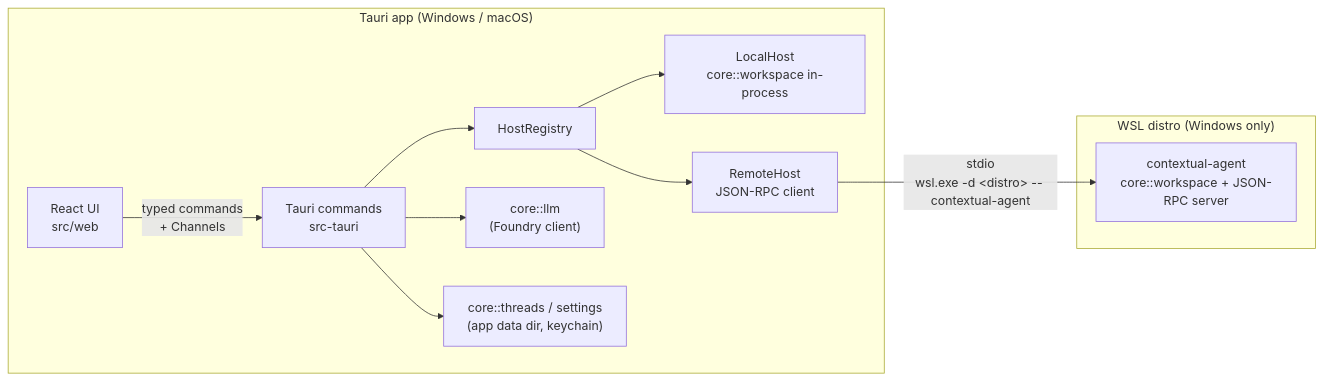
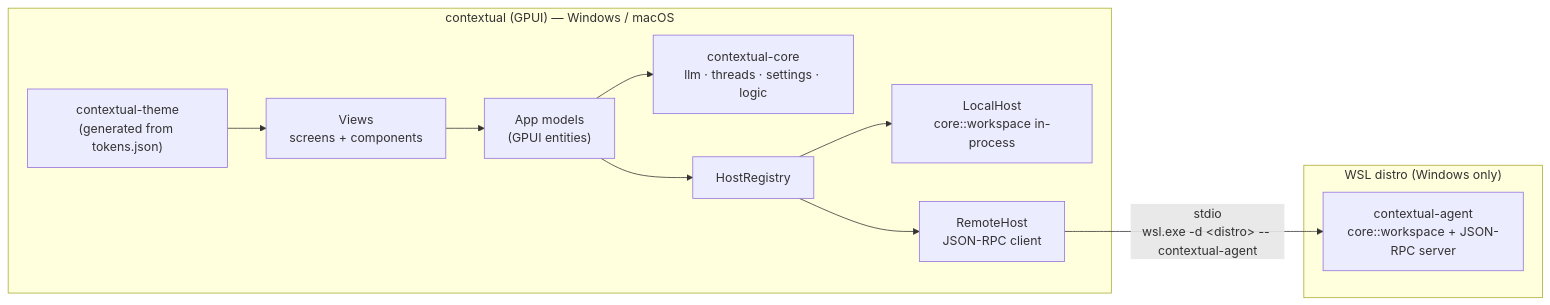
Before and after one commit to Legenden84/contextual: the diagram in docs/plans/cross-platform-rust-port.md, drawn with Mermaid. The commit also changed other lines of this file, not shown here.

````diff
--- a/docs/plans/cross-platform-rust-port.md
+++ b/docs/plans/cross-platform-rust-port.md
@@ -96,15 +115,15 @@
 ```mermaid
 flowchart LR
-  subgraph App["Tauri app (Windows / macOS)"]
-    UI["React UI<br/>src/web"] -- "typed commands<br/>+ Channels" --> Cmd["Tauri commands<br/>src-tauri"]
-    Cmd --> Hosts["HostRegistry"]
-    Cmd --> LLM["core::llm<br/>(Foundry client)"]
-    Cmd --> Store["core::threads / settings<br/>(app data dir, keychain)"]
+  subgraph App["contextual (GPUI) — Windows / macOS"]
+    Views["Views<br/>screens + components"] --> Models["App models<br/>(GPUI entities)"]
+    Models --> Core["contextual-core<br/>llm · threads · settings · logic"]
+    Models --> Hosts["HostRegistry"]
     Hosts --> Local["LocalHost<br/>core::workspace in-process"]
     Hosts --> Remote["RemoteHost<br/>JSON-RPC client"]
+    Theme["contextual-theme<br/>(generated from tokens.json)"] --> Views
   end
   Remote -- "stdio<br/>wsl.exe -d &lt;distro&gt; -- contextual-agent" --> Agent
   subgraph WSL["WSL distro (Windows only)"]
     Agent["contextual-agent<br/>core::workspace + JSON-RPC server"]
   end
 ```
````
